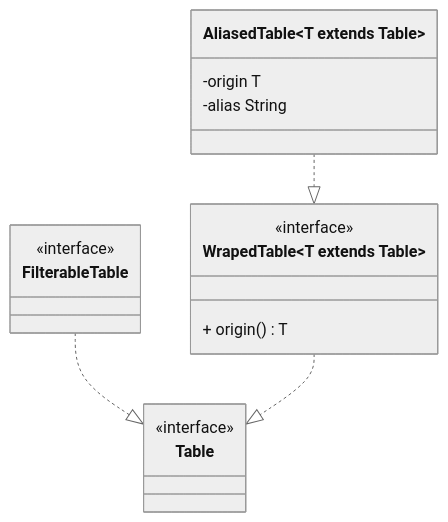
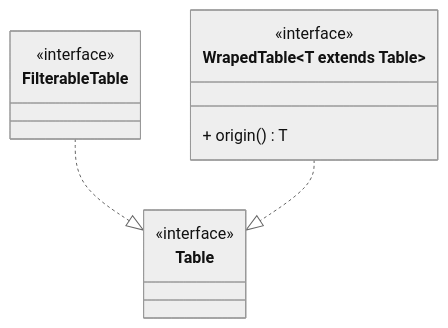
The first of 10 diagrams in docs/domain.md (safarislava/QueryBricks), drawn with Mermaid (neutral theme) before and after one commit. The commit also changed other lines of this file, not shown here.

````diff
--- a/docs/domain.md
+++ b/docs/domain.md
@@ -1,23 +1,17 @@
 ```mermaid
 classDiagram
     class Table {
         <<interface>>
     }
 
     class FilterableTable {
         <<interface>>
     }
     FilterableTable ..|> Table
 
     class WrapedTable~T extends Table~ {
         <<interface>>
         + origin() T
     }
     WrapedTable ..|> Table
-
-    class AliasedTable~T extends Table~ {
-        -origin T
-        -alias String
-    }
-    AliasedTable ..|> WrapedTable~T~
 ```
````
